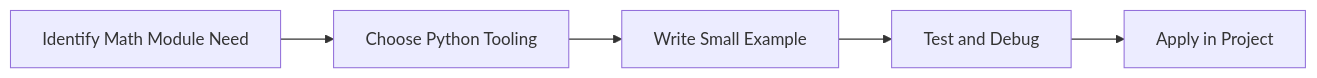
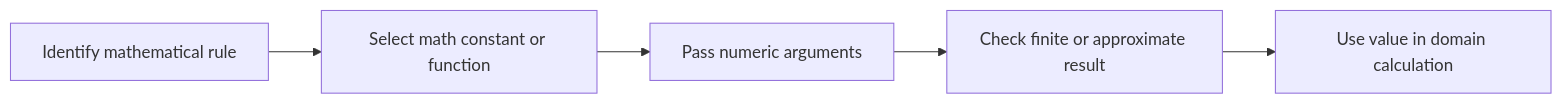
Before and after one commit to SYMOIZ/E-Learning-Portal: the diagram in Python-Mastery/Beginner/29-math-module.md, drawn with Mermaid. The commit also changed other lines of this file and 116 other files, not shown here.

````diff
--- a/Python-Mastery/Beginner/29-math-module.md
+++ b/Python-Mastery/Beginner/29-math-module.md
@@ -126,7 +132,12 @@
 ```mermaid
 flowchart LR
-    A[Identify Math Module Need] --> B[Choose Python Tooling]
-    B --> C[Write Small Example]
-    C --> D[Test and Debug]
-    D --> E[Apply in Project]
+    A[Identify mathematical rule]
+    B[Select math constant or function]
+    C[Pass numeric arguments]
+    D[Check finite or approximate result]
+    E[Use value in domain calculation]
+    A --> B
+    B --> C
+    C --> D
+    D --> E
 ```
````
